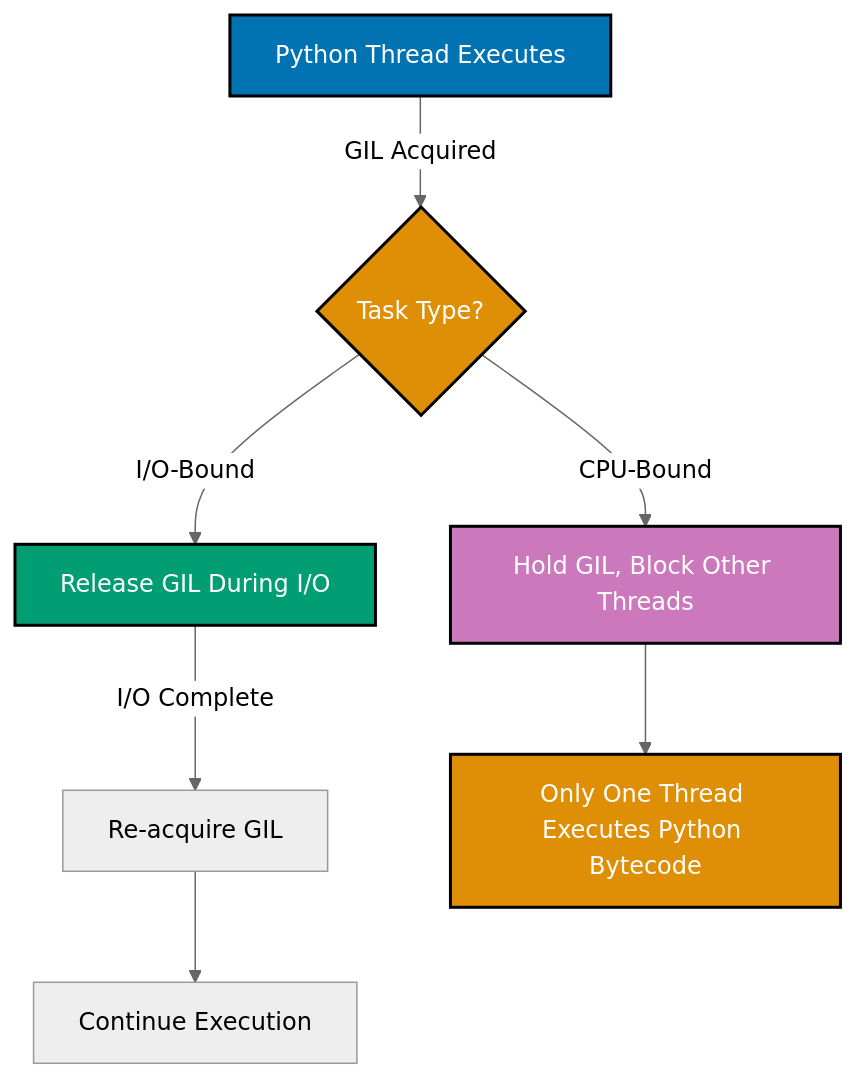
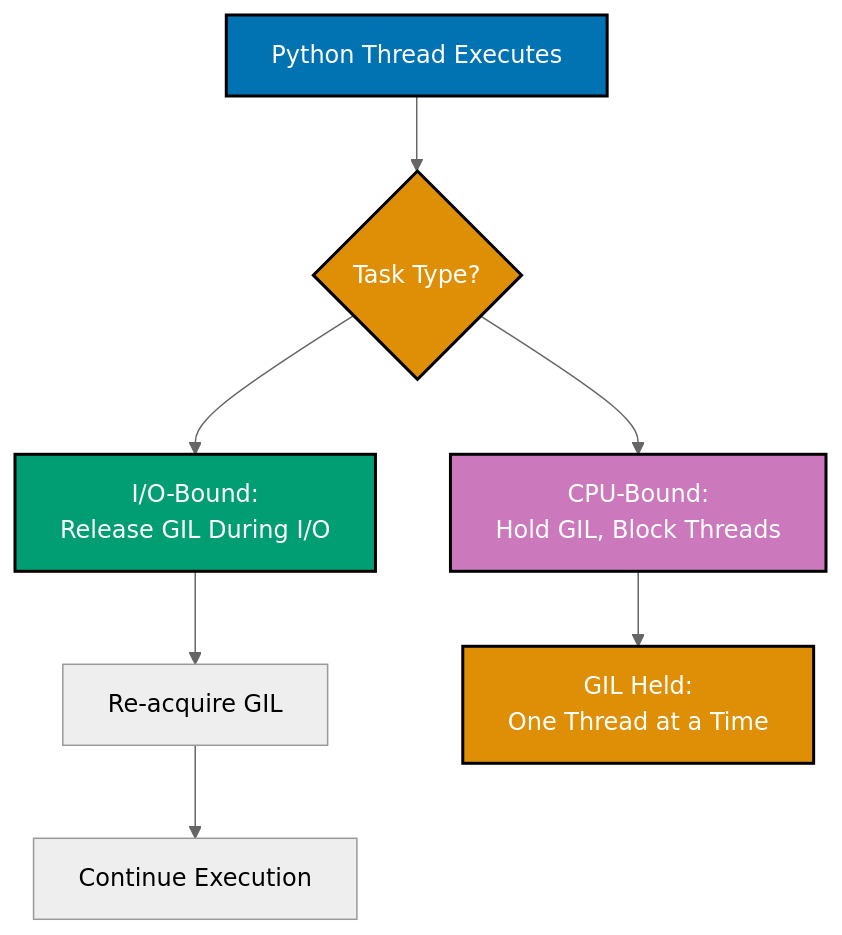
One commit to wahidyankf/open-sharia-enterprise changed the first of 8 diagrams in docs/explanation/software-engineering/programming-languages/python/concurrency-and-parallelism.md. Above: the diagram before and after it, drawn with Mermaid (neutral theme). The commit also changed other lines of this file and 12 other files, not shown here.

First line of the commit message:
fix(docs): fix mermaid violations in python docs

````diff
--- a/docs/explanation/software-engineering/programming-languages/python/concurrency-and-parallelism.md
+++ b/docs/explanation/software-engineering/programming-languages/python/concurrency-and-parallelism.md
@@ -52,18 +52,18 @@
 ```mermaid
 %% Color Palette: Blue #0173B2, Orange #DE8F05, Teal #029E73, Purple #CC78BC
 graph TD
-  A[Python Thread Executes] -->|GIL Acquired| B{Task Type?}
-  B -->|I/O-Bound| C[Release GIL During I/O]
-  B -->|CPU-Bound| D[Hold GIL, Block Other Threads]
+  A[Python Thread Executes] --> B{Task Type?}
+  B --> C[I/O-Bound:<br/>Release GIL During I/O]
+  B --> D[CPU-Bound:<br/>Hold GIL, Block Threads]
 
-  C -->|I/O Complete| E[Re-acquire GIL]
+  C --> E[Re-acquire GIL]
   E --> F[Continue Execution]
 
-  D --> G[Only One Thread Executes Python Bytecode]
+  D --> G[GIL Held:<br/>One Thread at a Time]
 
   style A fill:#0173B2,stroke:#000,color:#fff,stroke-width:2px
   style B fill:#DE8F05,stroke:#000,color:#fff,stroke-width:2px
   style C fill:#029E73,stroke:#000,color:#fff,stroke-width:2px
   style D fill:#CC78BC,stroke:#000,color:#fff,stroke-width:2px
   style G fill:#DE8F05,stroke:#000,color:#fff,stroke-width:2px
 ```
````
